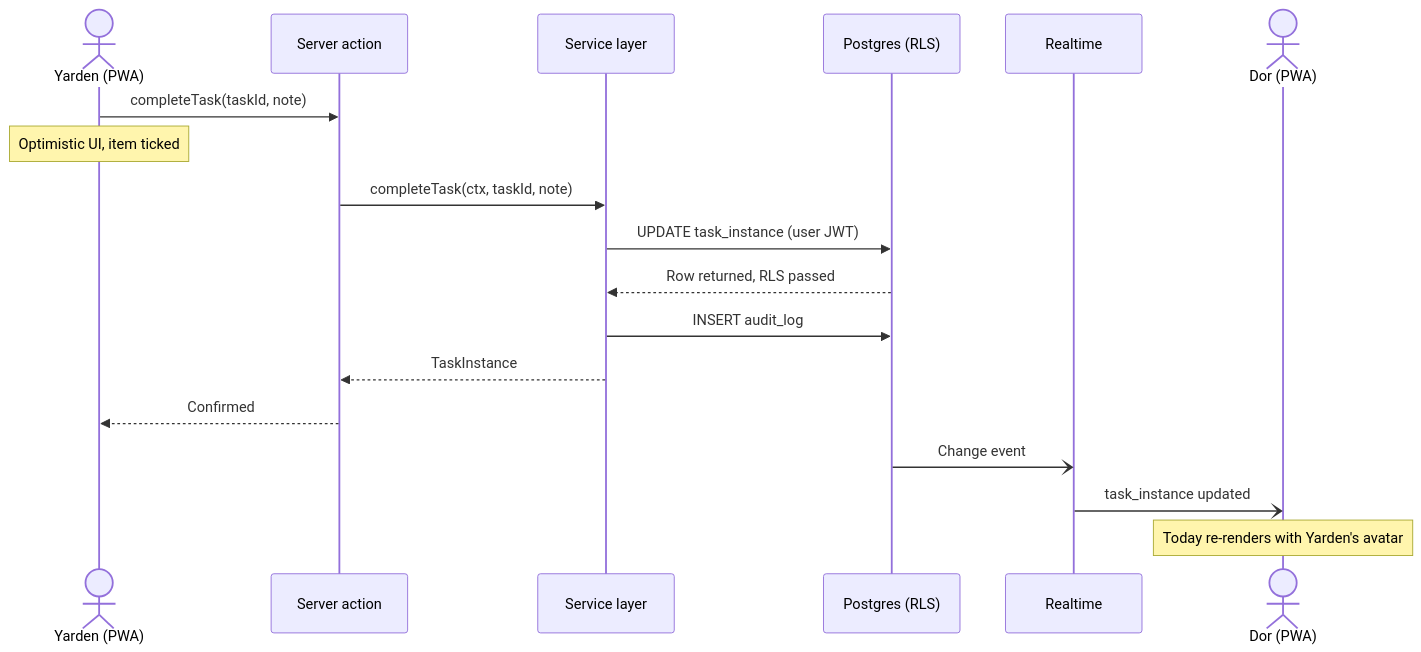
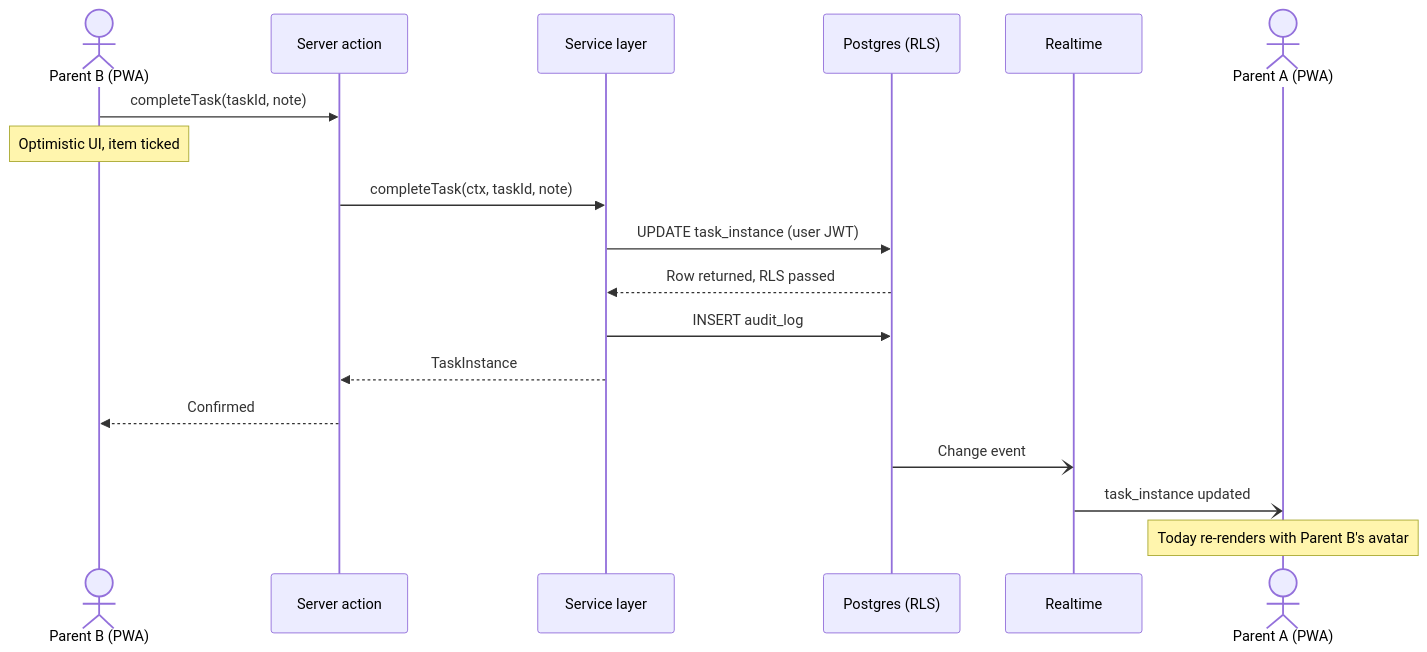
The diagram in docs/diagrams/sequence-task-realtime.mmd (DorFerenc/Kenn), drawn with Mermaid before and after one commit. The commit also changed 18 other files, not shown here.

```diff
--- a/docs/diagrams/sequence-task-realtime.mmd
+++ b/docs/diagrams/sequence-task-realtime.mmd
@@ -1,18 +1,18 @@
 sequenceDiagram
-  actor Y as Yarden (PWA)
+  actor Y as Parent B (PWA)
   participant W as Server action
   participant S as Service layer
   participant DB as Postgres (RLS)
   participant RT as Realtime
-  actor D as Dor (PWA)
+  actor D as Parent A (PWA)
   Y->>W: completeTask(taskId, note)
   Note over Y: Optimistic UI, item ticked
   W->>S: completeTask(ctx, taskId, note)
   S->>DB: UPDATE task_instance (user JWT)
   DB-->>S: Row returned, RLS passed
   S->>DB: INSERT audit_log
   S-->>W: TaskInstance
   W-->>Y: Confirmed
   DB-)RT: Change event
   RT-)D: task_instance updated
-  Note over D: Today re-renders with Yarden's avatar
+  Note over D: Today re-renders with Parent B's avatar
```
